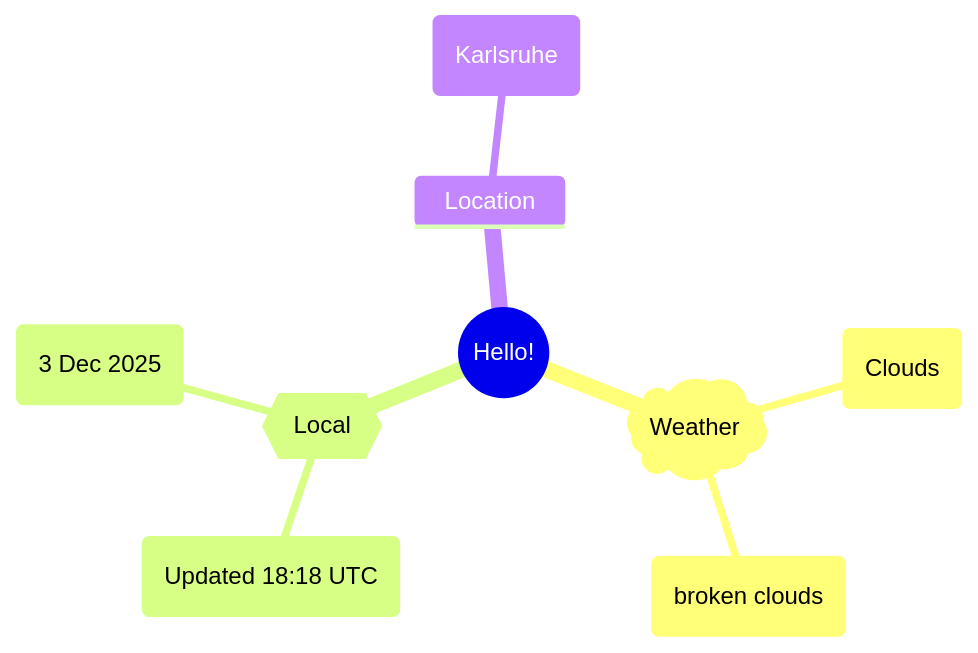
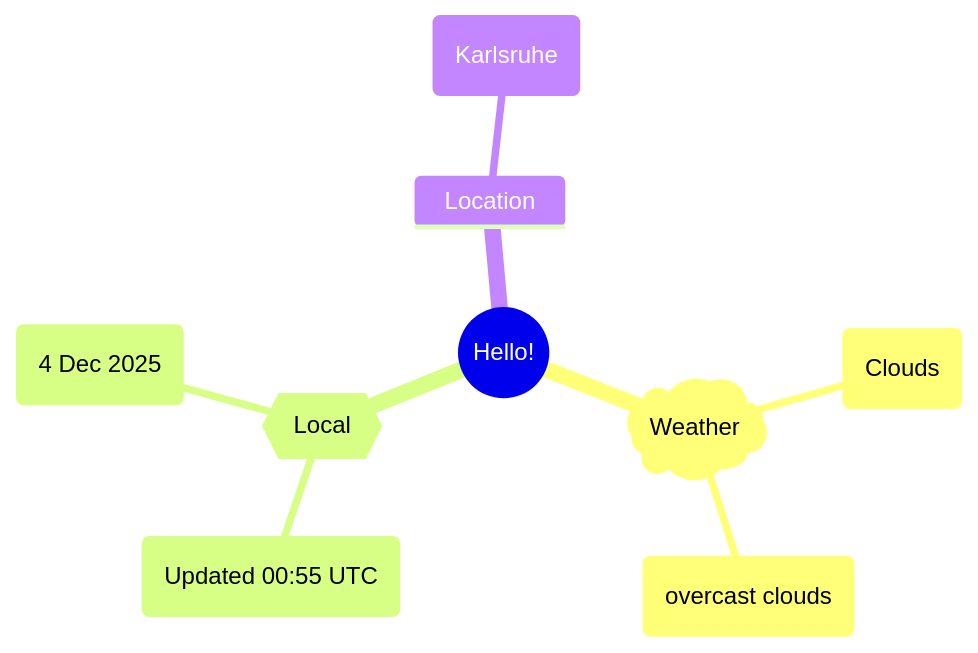
One commit to Xosrov/Xosrov changed the first of 2 diagrams in README.md. Above: the diagram before and after it, drawn with Mermaid.

Commit message:
[bot] updated images

````diff
--- a/README.md
+++ b/README.md
@@ -3,12 +3,12 @@
 ```mermaid
 mindmap
   root((Hello!))
     )Weather(
         (Clouds)
-        (broken clouds)
+        (overcast clouds)
     {{Local}}
-        (Updated 18:18 UTC)
-        (3 Dec 2025)
+        (Updated 00:55 UTC)
+        (4 Dec 2025)
     Location
         (Karlsruhe)
 ```
````
